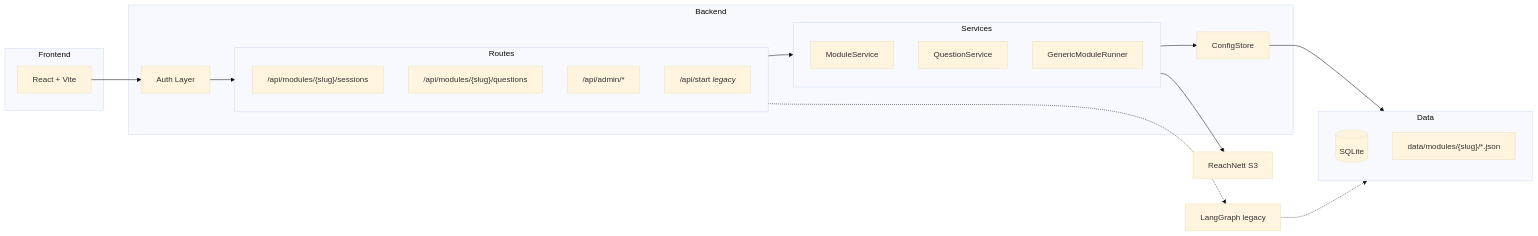
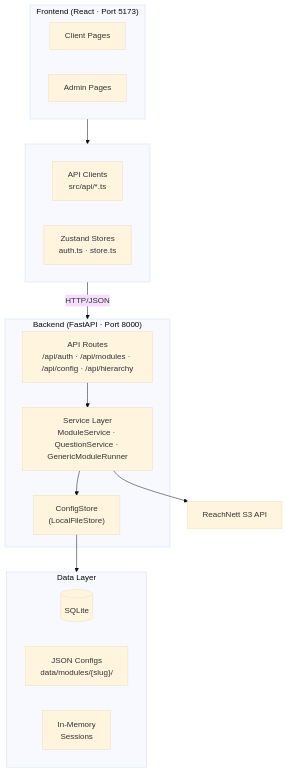
Before and after one commit to williamQyq/turboSAP_payroll-: the diagram in README.md, drawn with Mermaid (base theme).

Commit message:
Update README.md with diagram changes

````diff
--- a/README.md
+++ b/README.md
@@ -1,37 +1,36 @@
 ```mermaid
 
-flowchart LR
-    subgraph Frontend
-        UI[React + Vite]
+flowchart TB
+    subgraph Frontend["Frontend (React · Port 5173)"]
+        direction LR
+        ClientPages[Client Pages]
+        AdminPages[Admin Pages]
     end
 
-    subgraph Backend
-        Auth[Auth Layer]
-        subgraph Routes
-            R1["/api/modules/{slug}/sessions"]
-            R2["/api/modules/{slug}/questions"]
-            R3["/api/admin/*"]
-            R4["/api/start <i>legacy</i>"]
-        end
-        subgraph Services
-            MS[ModuleService]
-            QS[QuestionService]
-            GMR[GenericModuleRunner]
-        end
-        CS[ConfigStore]
+    subgraph FE_Internal[" "]
+        direction LR
+        APIClients["API Clients<br/>src/api/*.ts"]
+        Stores["Zustand Stores<br/>auth.ts · store.ts"]
     end
 
-    subgraph Data
-        DB[(SQLite)]
-        JSON["data/modules/{slug}/*.json"]
+    subgraph Backend["Backend (FastAPI · Port 8000)"]
+        Routes["API Routes<br/>/api/auth · /api/modules · /api/config · /api/hierarchy"]
+        Services["Service Layer<br/>ModuleService · QuestionService · GenericModuleRunner"]
+        ConfigStore["ConfigStore<br/>(LocalFileStore)"]
     end
 
-    External[ReachNett S3]
+    subgraph Data["Data Layer"]
+        direction LR
+        DB[(SQLite)]
+        JSON["JSON Configs<br/>data/modules/{slug}/"]
+        Memory["In-Memory<br/>Sessions"]
+    end
 
-    UI --> Auth --> Routes --> Services --> CS --> Data
-    Routes -.-> LG[LangGraph legacy] -.-> Data
+    External["ReachNett S3 API"]
+
+    Frontend --> FE_Internal
+    FE_Internal -->|HTTP/JSON| Backend
+    Routes --> Services --> ConfigStore --> Data
     Services --> External
 
-
-
 ```
````
